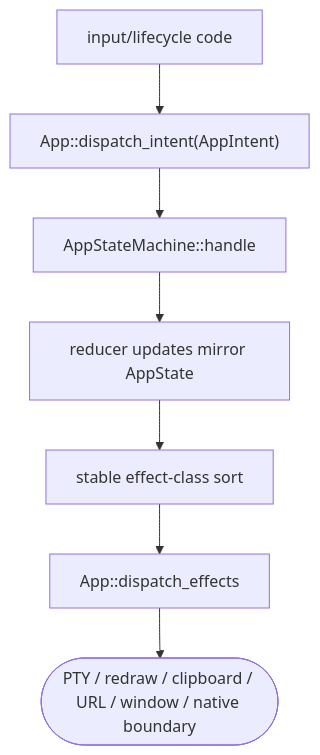
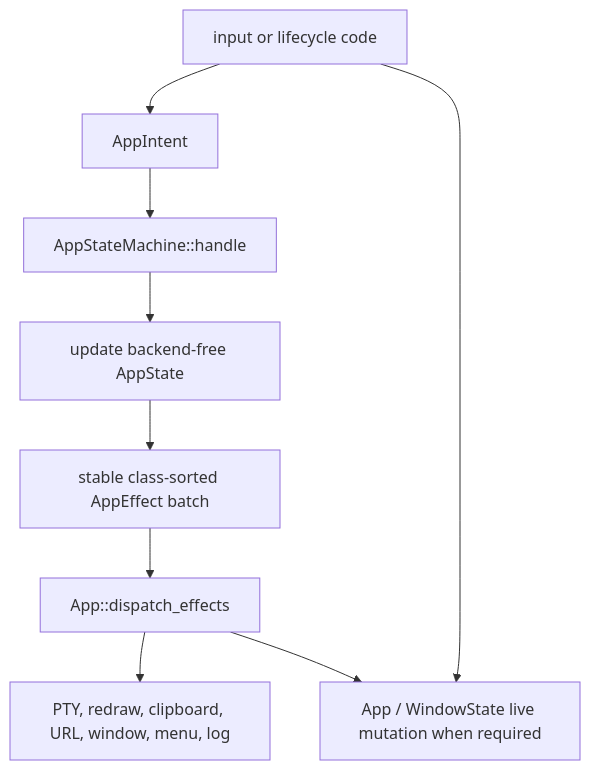
The third of 6 diagrams in wiki/Runtime-Lifecycle.md (D0n9X1n/SonicTerm), drawn with Mermaid before and after one commit. The commit also changed other lines of this file and 33 other files, not shown here.

````diff
--- a/wiki/Runtime-Lifecycle.md
+++ b/wiki/Runtime-Lifecycle.md
@@ -242,17 +281,15 @@
 ```mermaid
 flowchart TD
-    input["input/lifecycle code"]
-    intent["App::dispatch_intent(AppIntent)"]
-    handle["AppStateMachine::handle"]
-    reducer["reducer updates mirror AppState"]
-    sort["stable effect-class sort"]
-    effects["App::dispatch_effects"]
-    boundary(["PTY / redraw / clipboard / URL / window / native boundary"])
+    source["input or lifecycle code"]
+    intent["AppIntent"]
+    machine["AppStateMachine::handle"]
+    state["update backend-free AppState"]
+    effects["stable class-sorted AppEffect batch"]
+    dispatch["App::dispatch_effects"]
+    boundary["PTY, redraw, clipboard, URL, window, menu, log"]
+    live["App / WindowState live mutation when required"]
 
-    input --> intent
-    intent --> handle
-    handle --> reducer
-    reducer --> sort
-    sort --> effects
-    effects --> boundary
+    source --> intent --> machine --> state --> effects --> dispatch --> boundary
+    source --> live
+    dispatch --> live
 ```
````
